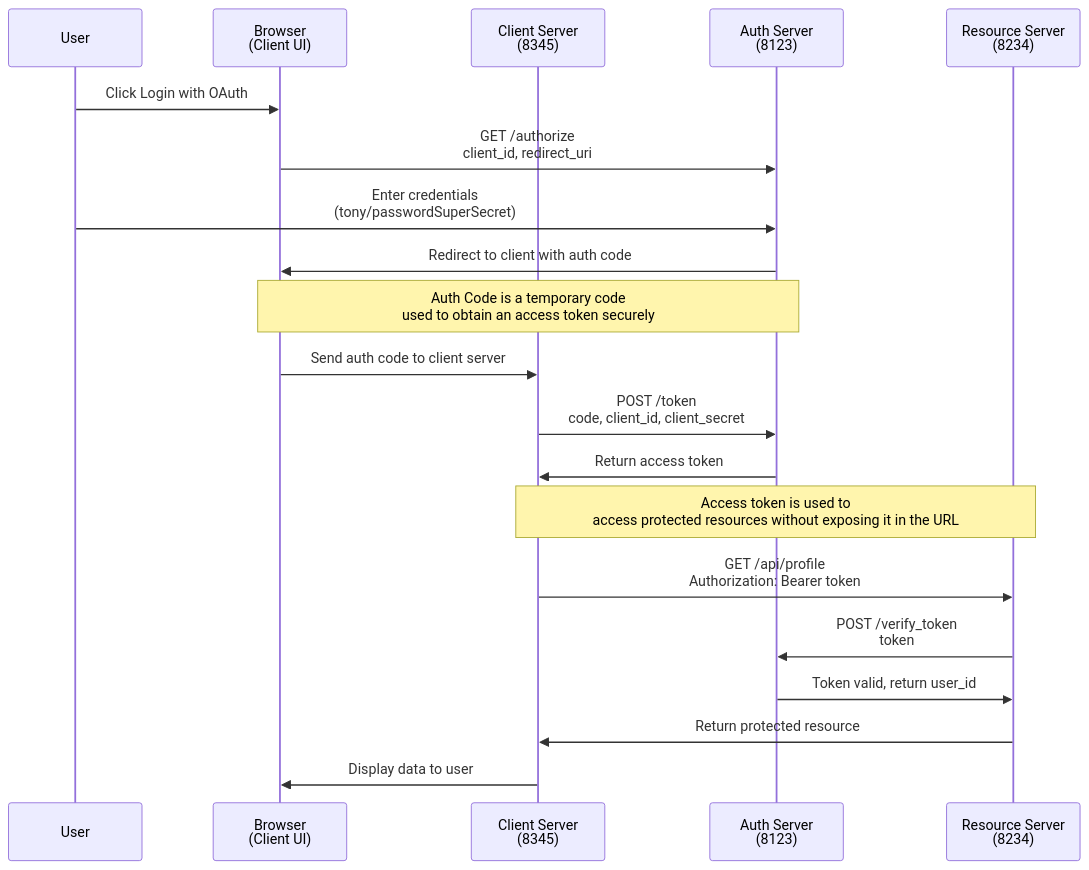
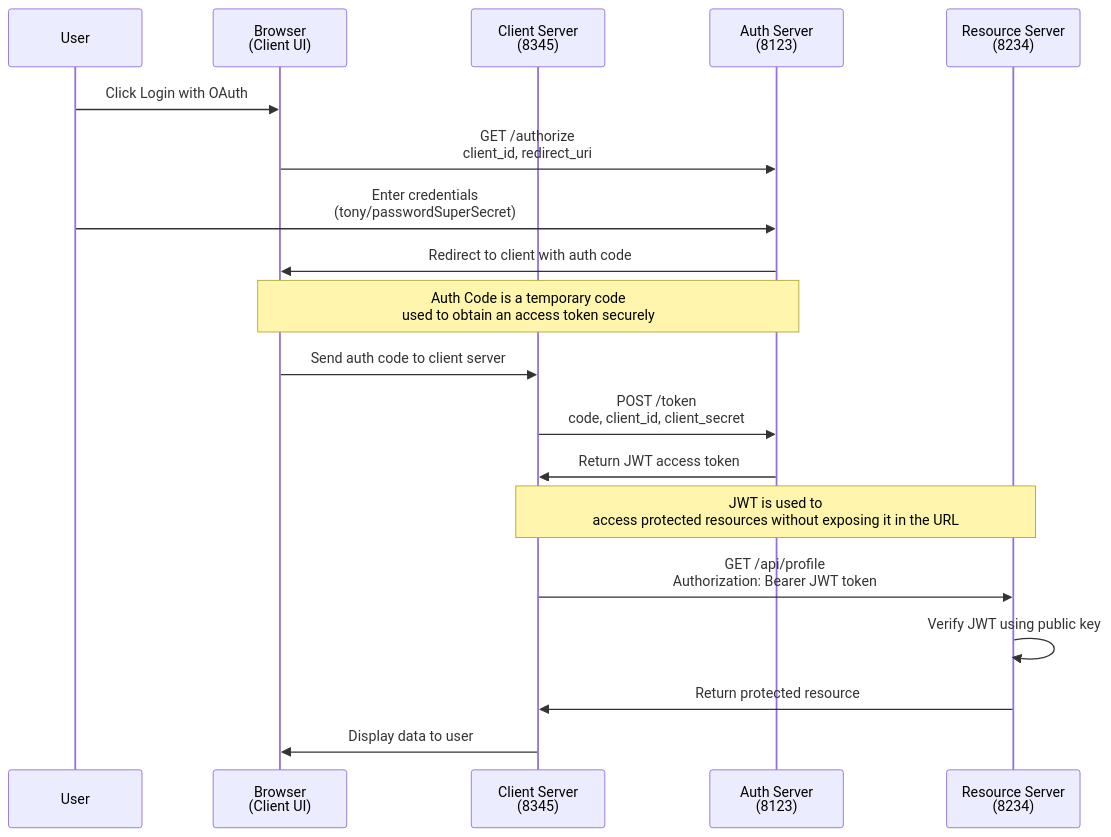
Before and after one commit to tsilicani/oauth2-grant-auth-code-grant-type-poc: the diagram in README.md, drawn with Mermaid. The commit also changed other lines of this file and 8 other files, not shown here.

````diff
--- a/README.md
+++ b/README.md
@@ -14,23 +14,21 @@
 ```mermaid
 sequenceDiagram
     participant User
     participant Browser as Browser<br/>(Client UI)
     participant Client as Client Server<br/>(8345)
     participant Auth as Auth Server<br/>(8123)
     participant Resource as Resource Server<br/>(8234)
-
     User->>Browser: Click Login with OAuth
     Browser->>Auth: GET /authorize<br/>client_id, redirect_uri
     User->>Auth: Enter credentials<br/>(tony/passwordSuperSecret)
     Auth->>Browser: Redirect to client with auth code
     Note over Auth,Browser: Auth Code is a temporary code<br/>used to obtain an access token securely
     Browser->>Client: Send auth code to client server
     Client->>Auth: POST /token<br/>code, client_id, client_secret
-    Auth->>Client: Return access token
-    Note over Client,Resource: Access token is used to<br/>access protected resources without exposing it in the URL
-    Client->>Resource: GET /api/profile<br/>Authorization: Bearer token
-    Resource->>Auth: POST /verify_token<br/>token
-    Auth->>Resource: Token valid, return user_id
+    Auth->>Client: Return JWT access token
+    Note over Client,Resource: JWT is used to<br/>access protected resources without exposing it in the URL
+    Client->>Resource: GET /api/profile<br/>Authorization: Bearer JWT token
+    Resource->>Resource: Verify JWT using public key
     Resource->>Client: Return protected resource
     Client->>Browser: Display data to user
 ```
````
